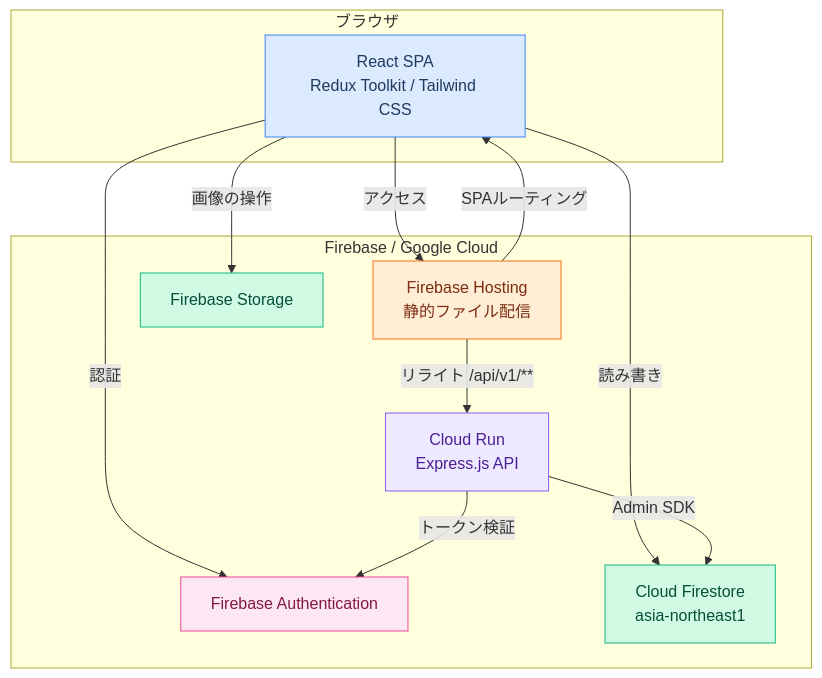
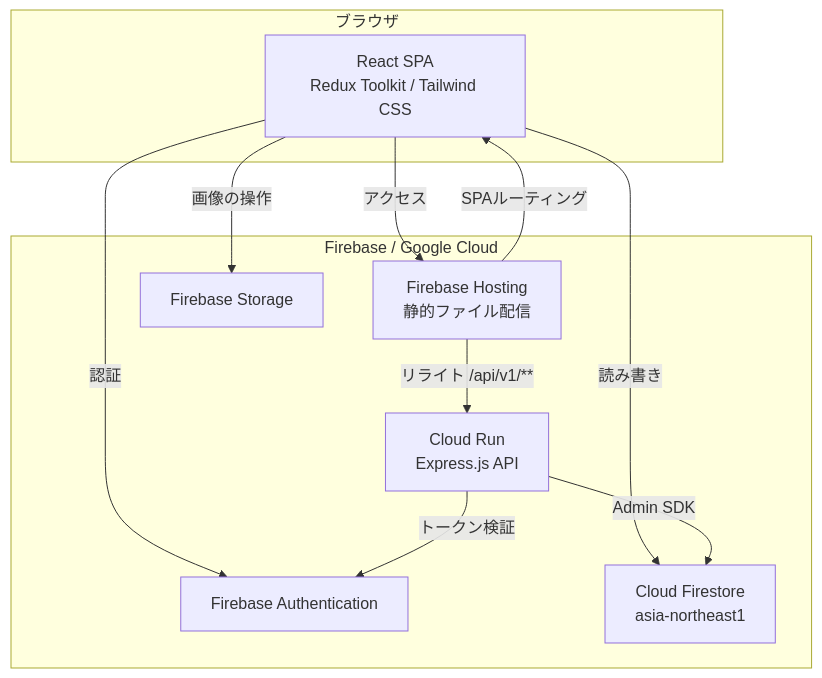
One commit to yunatoma/employee-profile-app changed the diagram in README.md. Above: the diagram before and after it, drawn with Mermaid.

Commit message:
update: インフラ構成図の更新

````diff
--- a/README.md
+++ b/README.md
@@ -43,35 +43,24 @@
 ```mermaid
 graph TB
-    classDef client fill:#dbeafe,stroke:#3b82f6,color:#1e3a5f
-    classDef hosting fill:#ffedd5,stroke:#f97316,color:#7c2d12
-    classDef auth fill:#fce7f3,stroke:#ec4899,color:#831843
-    classDef db fill:#d1fae5,stroke:#10b981,color:#064e3b
-    classDef server fill:#ede9fe,stroke:#8b5cf6,color:#4c1d95
-
     subgraph Client["ブラウザ"]
         React["React SPA<br/>Redux Toolkit / Tailwind CSS"]
     end
 
     subgraph GCP["Firebase / Google Cloud"]
         Hosting["Firebase Hosting<br/>静的ファイル配信"]
         CloudRun["Cloud Run<br/>Express.js API"]
         Auth["Firebase Authentication"]
         Firestore["Cloud Firestore<br/>asia-northeast1"]
         Storage["Firebase Storage"]
     end
 
     React -->|"アクセス"| Hosting
     Hosting -->|"SPAルーティング"| React
     Hosting -->|"リライト /api/v1/**"| CloudRun
     React -->|"認証"| Auth
     React -->|"読み書き"| Firestore
     React -->|"画像の操作"| Storage
     CloudRun -->|"トークン検証"| Auth
     CloudRun -->|"Admin SDK"| Firestore
 
-    class React client
-    class Hosting hosting
-    class Auth auth
-    class Firestore,Storage db
-    class CloudRun server
 ```
````
